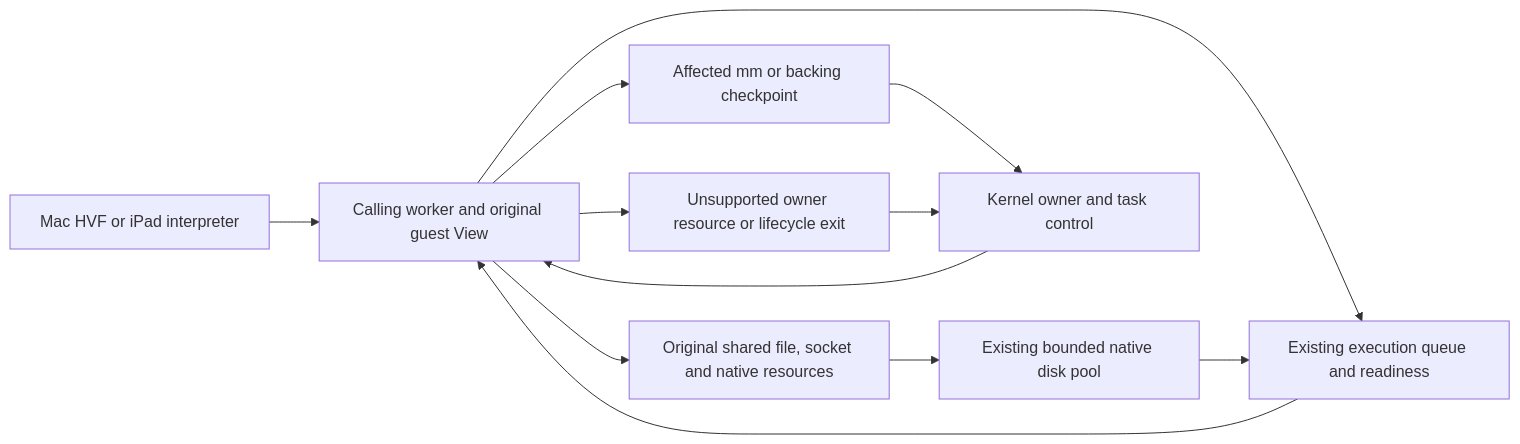
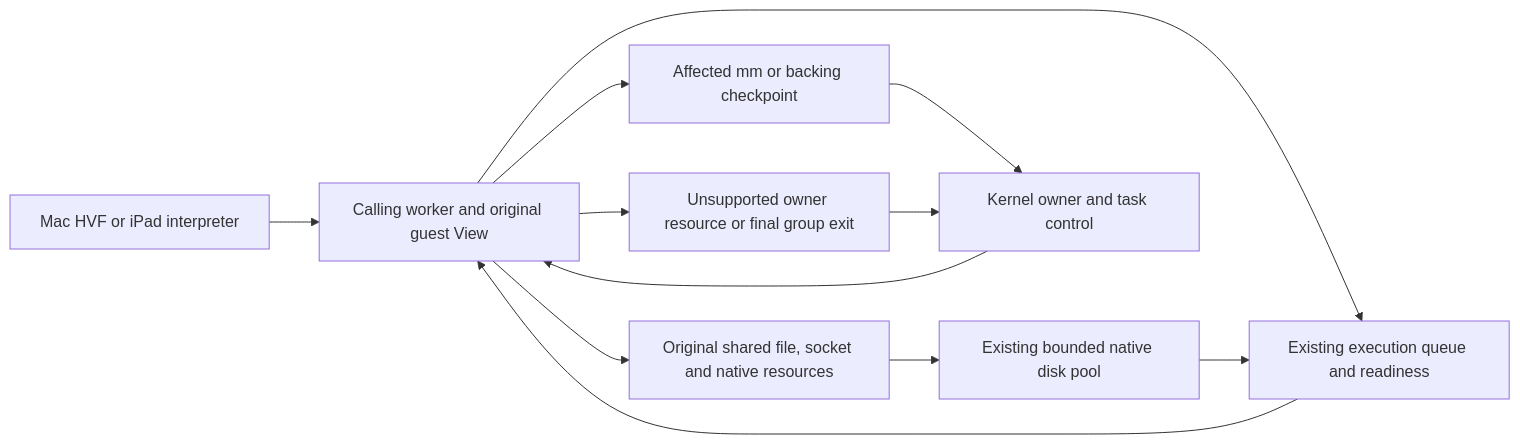
Before and after one commit to kb5000/trames-runtime: the diagram in docs/architecture/coordination-boundaries.md, drawn with Mermaid. The commit also changed other lines of this file and 15 other files, not shown here.

````diff
--- a/docs/architecture/coordination-boundaries.md
+++ b/docs/architecture/coordination-boundaries.md
@@ -11,14 +11,14 @@
 ```mermaid
 flowchart LR
     CPU[Mac HVF or iPad interpreter] --> Entry[Calling worker and original guest View]
     Entry --> Shared[Original shared file, socket and native resources]
     Entry --> Wait[Existing execution queue and readiness]
     Wait --> Entry
     Shared --> Disk[Existing bounded native disk pool]
     Disk --> Wait
     Entry --> VM[Affected mm or backing checkpoint]
     VM --> Owner[Kernel owner and task control]
-    Entry --> Compat[Unsupported owner resource or lifecycle exit]
+    Entry --> Compat[Unsupported owner resource or final group exit]
     Compat --> Owner
     Owner --> Entry
 ```
````
